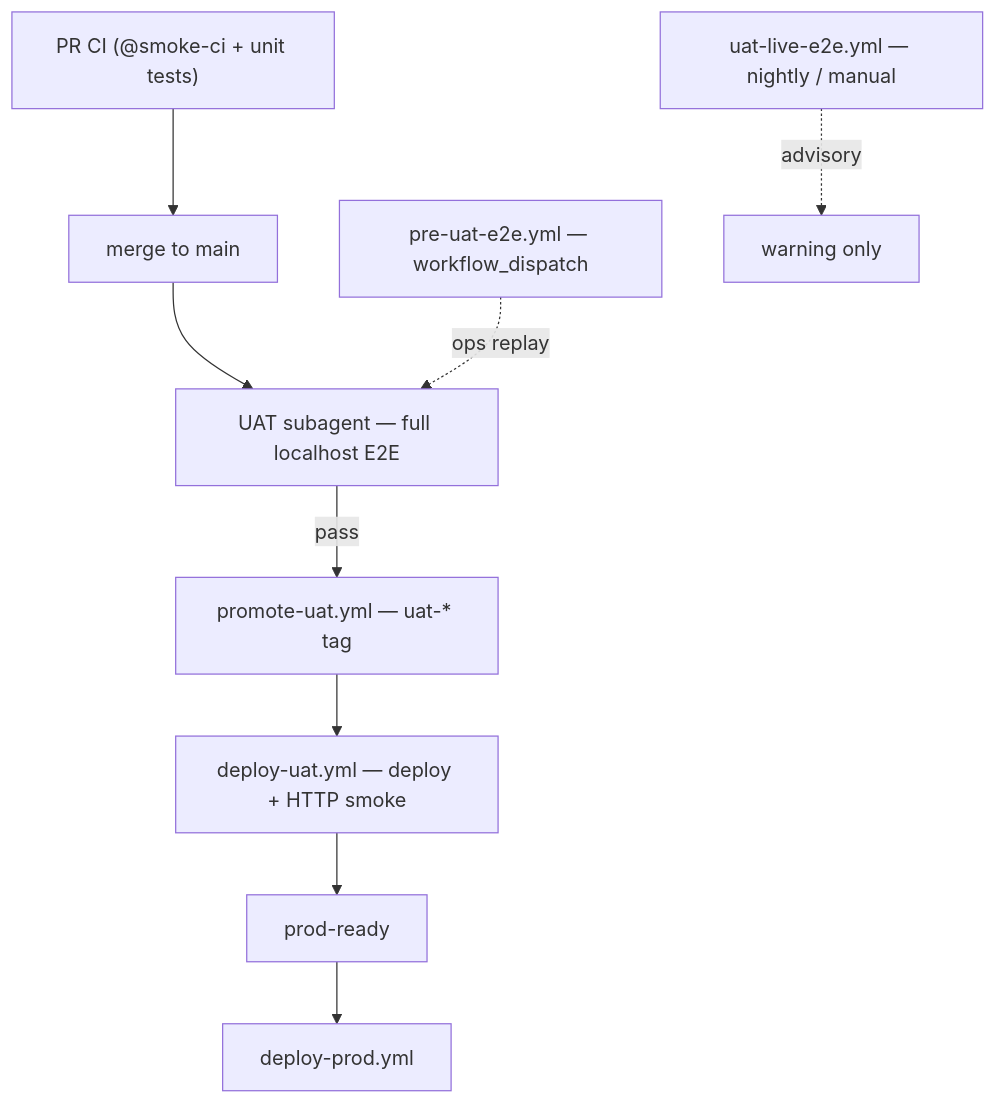
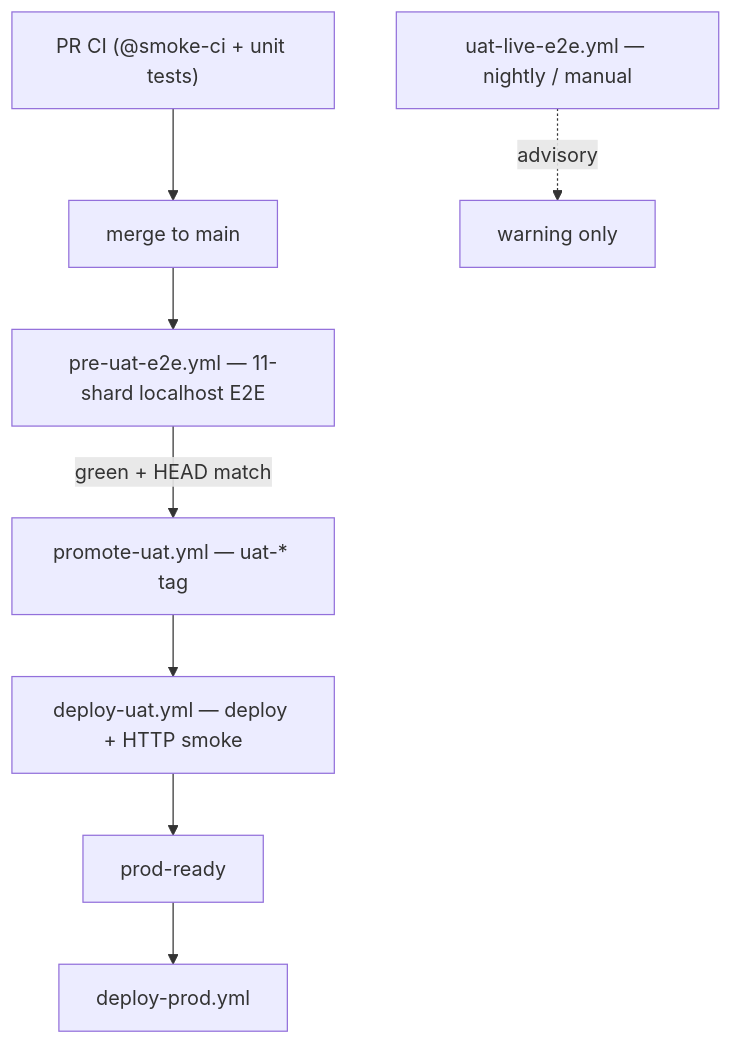
The diagram in docs/e2e/uat-deploy-tiers.md (KanopeeKa/AgathaCheck), drawn with Mermaid before and after one commit. The commit also changed other lines of this file and 20 other files, not shown here.

First line of the commit message:
phase(1-2/2): feat: restore CI-driven UAT promote pipeline

````diff
--- a/docs/e2e/uat-deploy-tiers.md
+++ b/docs/e2e/uat-deploy-tiers.md
@@ -11,12 +11,11 @@
 ```mermaid
 flowchart TD
   PR["PR CI (@smoke-ci + unit tests)"] --> MERGE[merge to main]
-  MERGE --> SUB[UAT subagent — full localhost E2E]
-  SUB -->|pass| PROMOTE[promote-uat.yml — uat-* tag]
+  MERGE --> PRE["pre-uat-e2e.yml — 11-shard localhost E2E"]
+  PRE -->|green + HEAD match| PROMOTE[promote-uat.yml — uat-* tag]
   PROMOTE --> DEPLOY["deploy-uat.yml — deploy + HTTP smoke"]
   DEPLOY --> READY[prod-ready]
   READY --> PROD[deploy-prod.yml]
 
-  MANUAL["pre-uat-e2e.yml — workflow_dispatch"] -.->|ops replay| SUB
   NIGHTLY["uat-live-e2e.yml — nightly / manual"] -.->|advisory| WARN[warning only]
 ```
````
